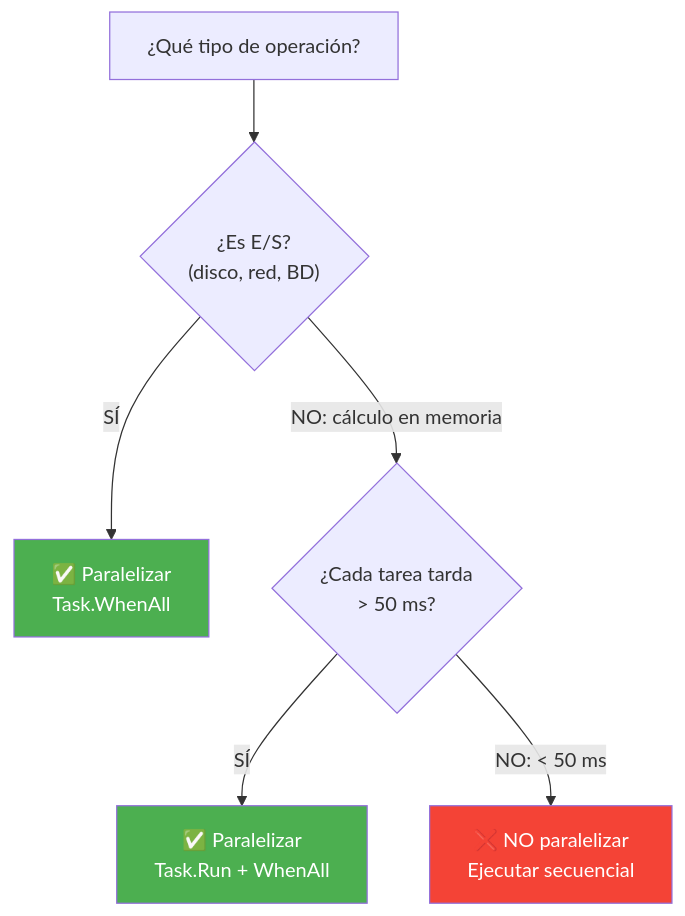
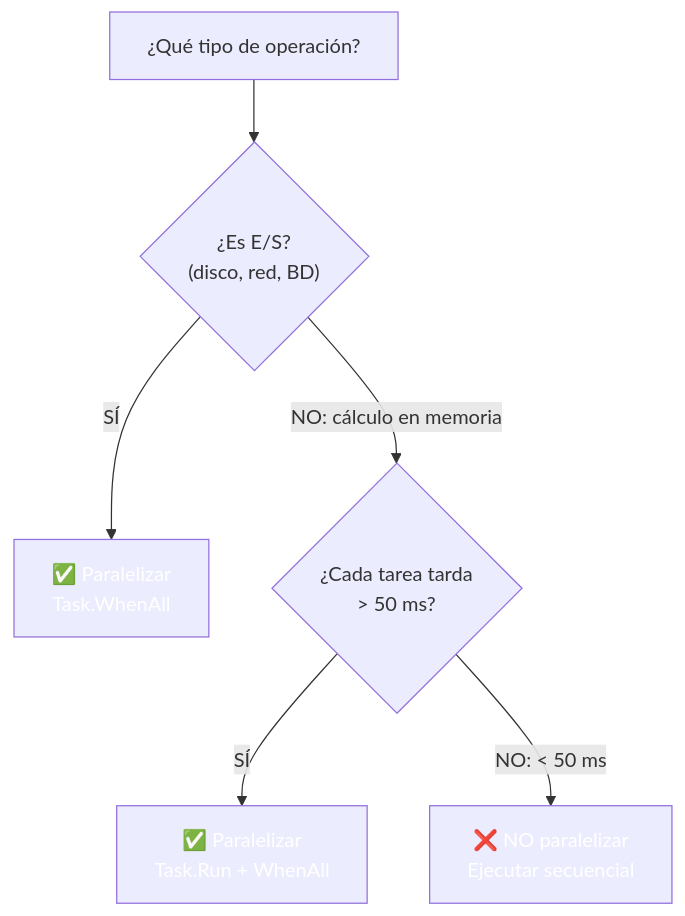
Diagram 15 of 21 in 16-concurrencia-asincronia.md (joseluisgs/DesarrolloWebEntornosServidor-01-2026-2027), drawn with Mermaid before and after one commit. The commit also changed other lines of this file and 66 other files, not shown here.

First line of the commit message:
fix: normalizar titulos al castellano de frase y corregir la paleta de mermaid

````diff
--- a/16-concurrencia-asincronia.md
+++ b/16-concurrencia-asincronia.md
@@ -702,12 +702,12 @@
 ```mermaid
 flowchart TD
     A["¿Qué tipo de operación?"] --> B{"¿Es E/S?<br/>(disco, red, BD)"}
     B -->|"SÍ"| C["✅ Paralelizar<br/>Task.WhenAll"]
     B -->|"NO: cálculo en memoria"| D{"¿Cada tarea tarda<br/>> 50 ms?"}
     D -->|"SÍ"| E["✅ Paralelizar<br/>Task.Run + WhenAll"]
     D -->|"NO: < 50 ms"| F["❌ NO paralelizar<br/>Ejecutar secuencial"]
     
-    style C fill:#4CAF50,color:#fff
-    style E fill:#4CAF50,color:#fff
-    style F fill:#f44336,color:#fff
+    style C fill:#4CAF5,color:#fff0,color:#fff
+    style E fill:#4CAF5,color:#fff0,color:#fff
+    style F fill:#f4433,color:#fff6,color:#fff
 ```
````
